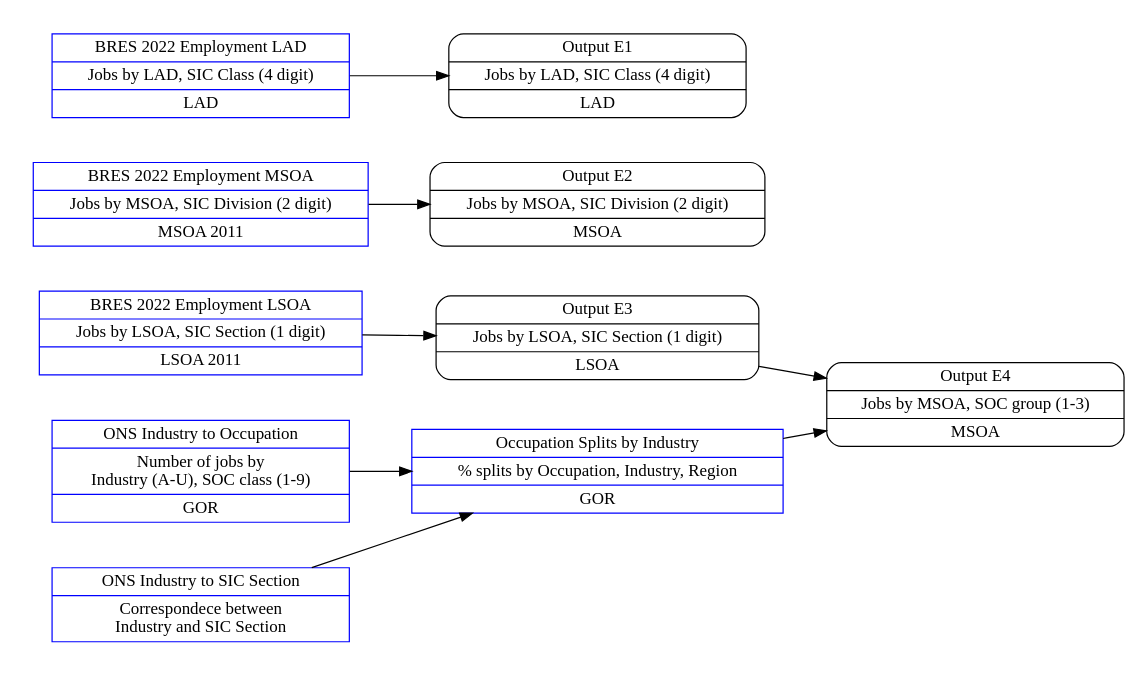
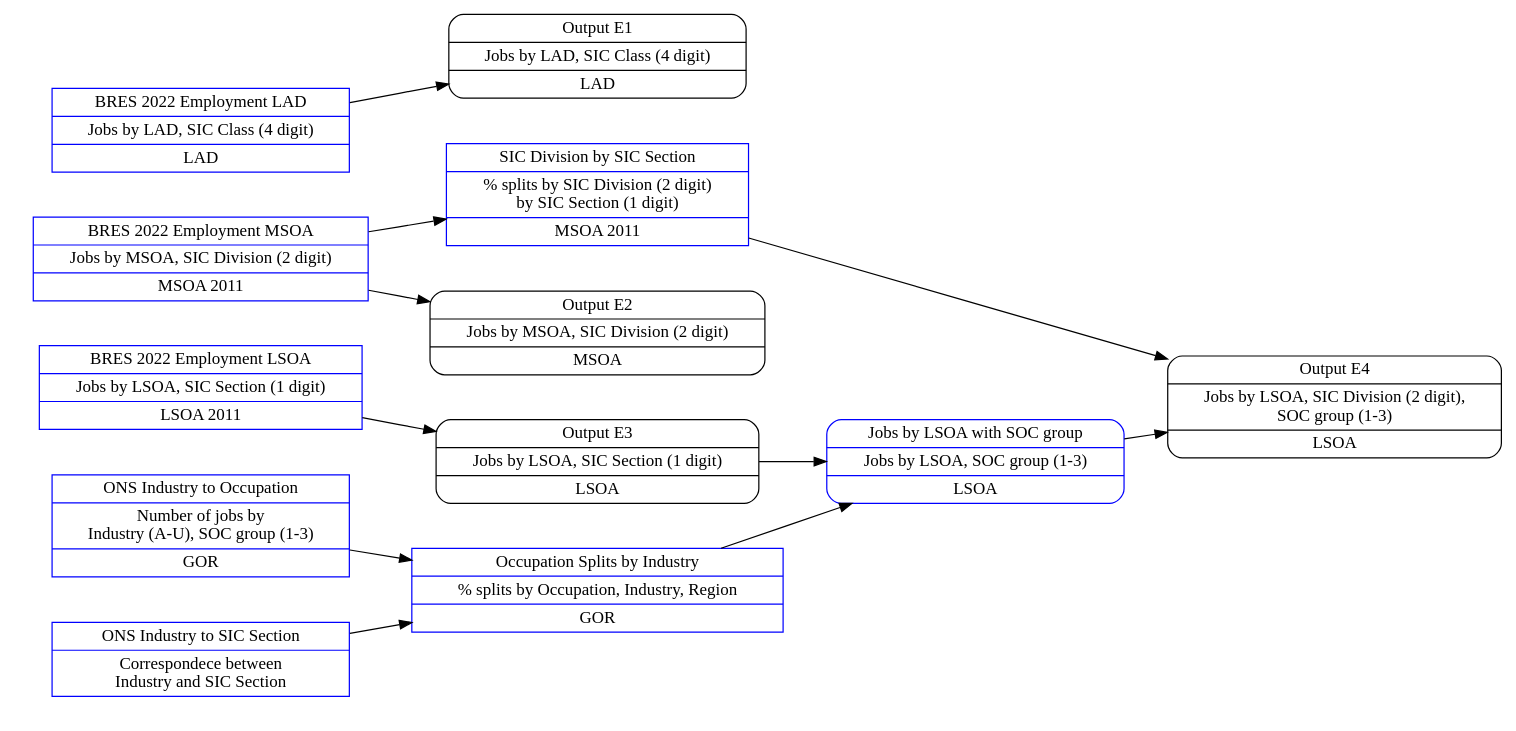
Before and after one commit to asongtoruin/Land-Use: the second of 2 diagrams in docs/base_model_structure.rst, drawn with Graphviz. The commit also changed 5 other files, not shown here.

Commit message:
Produce revised output E4 with as LSOA rather than MSOA.

```diff
--- a/docs/base_model_structure.rst
+++ b/docs/base_model_structure.rst
@@ -90,41 +90,52 @@
 .. graphviz::
 
     digraph G {
         rankdir="LR"
         nodesep=0.5
         node [shape=record, color=blue width=3.4]
             subgraph cluster_inputs{
                 peripheries=0
                 rank="same"
 
                 table_1 [label="BRES 2022 Employment LAD|Jobs by LAD, SIC Class (4 digit)|LAD"];
                 table_2 [label="BRES 2022 Employment MSOA|Jobs by MSOA, SIC Division (2 digit)|MSOA 2011"];
                 table_3 [label="BRES 2022 Employment LSOA|Jobs by LSOA, SIC Section (1 digit)|LSOA 2011"];
-                table_4 [label="ONS Industry to Occupation|Number of jobs by\nIndustry (A-U), SOC class (1-9)|GOR"];
+                table_4 [label="ONS Industry to Occupation|Number of jobs by\nIndustry (A-U), SOC group (1-3)|GOR"];
                 table_5 [label="ONS Industry to SIC Section|Correspondece between\nIndustry and SIC Section"];
             }
-            
             
         node [shape=record, color=blue width=3.4]
             subgraph cluster_inputs{
                 peripheries=0
+                rank="same"
 
                 table_6 [label="Occupation Splits by Industry|% splits by Occupation, Industry, Region|GOR"];
+                table_8 [label="SIC Division by SIC Section|% splits by SIC Division (2 digit)\nby SIC Section (1 digit)|MSOA 2011"];
+            
             }
-
+        
         node [style=rounded, color=black]
             output_e1 [label="Output E1|Jobs by LAD, SIC Class (4 digit)|LAD"];
             output_e2 [label="Output E2|Jobs by MSOA, SIC Division (2 digit)|MSOA"];
             output_e3 [label="Output E3|Jobs by LSOA, SIC Section (1 digit)|LSOA"];
-            output_e4 [label="Output E4|Jobs by MSOA, SOC group (1-3)|MSOA"];
-            {rank="same" output_e1 table_6};
+        
+        node [shape=record, color=blue width=3.4]
+            table_7 [label="Jobs by LSOA with SOC group|Jobs by LSOA, SOC group (1-3)|LSOA"];
+            
+        node [style=rounded, color=black]
+            output_e4 [label="Output E4|Jobs by LSOA, SIC Division (2 digit),\nSOC group (1-3)|LSOA"];
+        
+        {rank="same" output_e3 table_6 table_8}    
 
         table_1 -> output_e1;
         table_2 -> output_e2;
         table_3 -> output_e3;
         table_4 -> table_6;
         table_5 -> table_6;
-        output_e3 -> output_e4;
-        table_6 -> output_e4;
+        output_e3 -> table_7;
+        table_6 -> table_7;
+        table_8 -> output_e4
+        table_7 -> output_e4
+        table_2 -> table_8
 
     }
```
